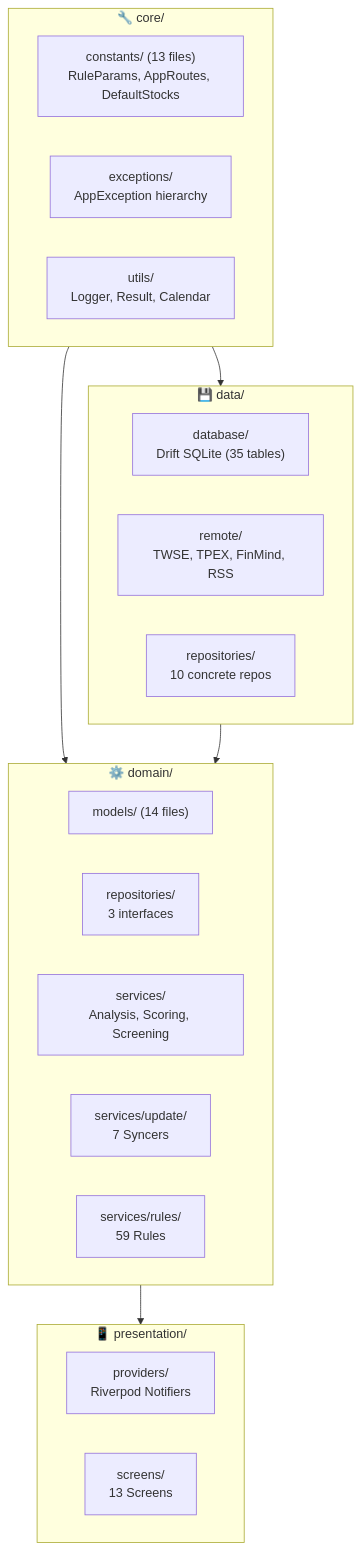
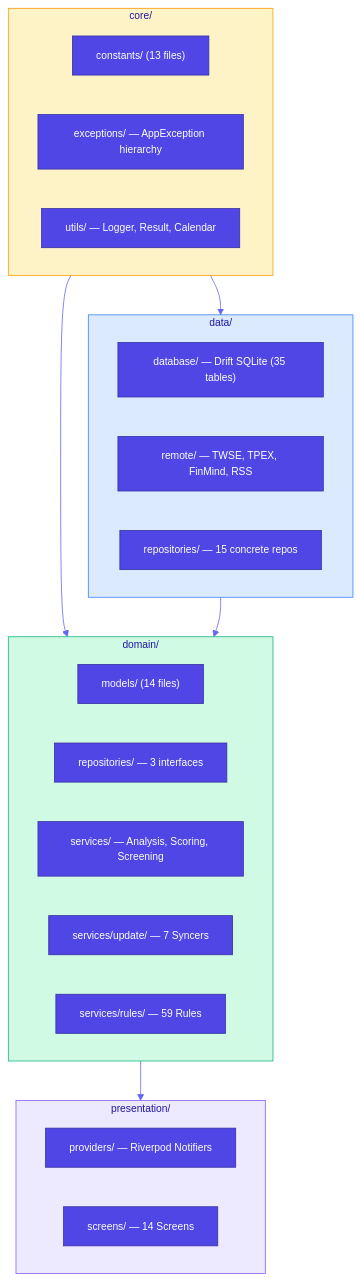
The second of 4 diagrams in CLAUDE.md (Neal75418/afterclose), drawn with Mermaid before and after one commit. The commit also changed other lines of this file and 4 other files, not shown here.

First line of the commit message:
docs: unify markdown style with professional Mermaid diagrams

````diff
--- a/CLAUDE.md
+++ b/CLAUDE.md
@@ -52,32 +57,38 @@
 ```mermaid
+%%{init: {'theme': 'base', 'themeVariables': {'primaryColor': '#4F46E5', 'primaryTextColor': '#fff', 'primaryBorderColor': '#3730A3', 'lineColor': '#6366F1', 'fontSize': '13px'}}}%%
 flowchart TB
-    subgraph Core["🔧 core/"]
-        Constants["constants/ (13 files)<br/>RuleParams, AppRoutes, DefaultStocks"]
-        Exceptions["exceptions/<br/>AppException hierarchy"]
-        Utils["utils/<br/>Logger, Result, Calendar"]
+    subgraph Core["core/"]
+        Constants["constants/ (13 files)"]
+        Exceptions["exceptions/ — AppException hierarchy"]
+        Utils["utils/ — Logger, Result, Calendar"]
     end
 
-    subgraph Data["💾 data/"]
-        Database["database/<br/>Drift SQLite (35 tables)"]
-        Remote["remote/<br/>TWSE, TPEX, FinMind, RSS"]
-        Repos["repositories/<br/>10 concrete repos"]
+    subgraph Data["data/"]
+        Database["database/ — Drift SQLite (35 tables)"]
+        Remote["remote/ — TWSE, TPEX, FinMind, RSS"]
+        Repos["repositories/ — 15 concrete repos"]
     end
 
-    subgraph Domain["⚙️ domain/"]
+    subgraph Domain["domain/"]
         Models["models/ (14 files)"]
-        RepoIF["repositories/<br/>3 interfaces"]
-        Services["services/<br/>Analysis, Scoring, Screening"]
-        Update["services/update/<br/>7 Syncers"]
-        Rules["services/rules/<br/>59 Rules"]
+        RepoIF["repositories/ — 3 interfaces"]
+        Services["services/ — Analysis, Scoring, Screening"]
+        Update["services/update/ — 7 Syncers"]
+        Rules["services/rules/ — 59 Rules"]
     end
 
-    subgraph Presentation["📱 presentation/"]
-        Providers["providers/<br/>Riverpod Notifiers"]
-        Screens["screens/<br/>13 Screens"]
+    subgraph Presentation["presentation/"]
+        Providers["providers/ — Riverpod Notifiers"]
+        Screens["screens/ — 14 Screens"]
     end
 
     Core --> Data
     Core --> Domain
     Data --> Domain
     Domain --> Presentation
+
+    style Core fill:#FEF3C7,stroke:#F59E0B
+    style Data fill:#DBEAFE,stroke:#3B82F6
+    style Domain fill:#D1FAE5,stroke:#10B981
+    style Presentation fill:#EDE9FE,stroke:#8B5CF6
 ```
````
